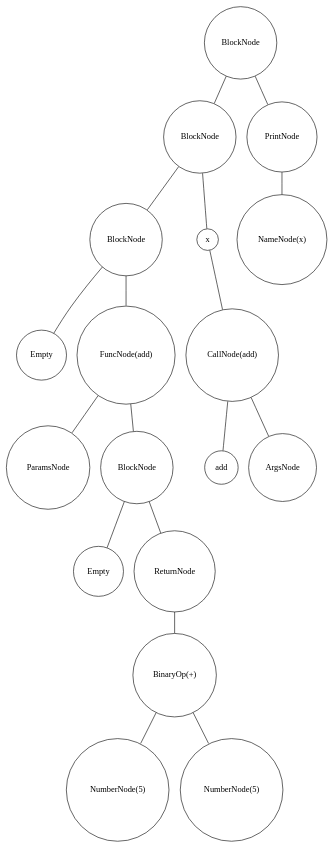
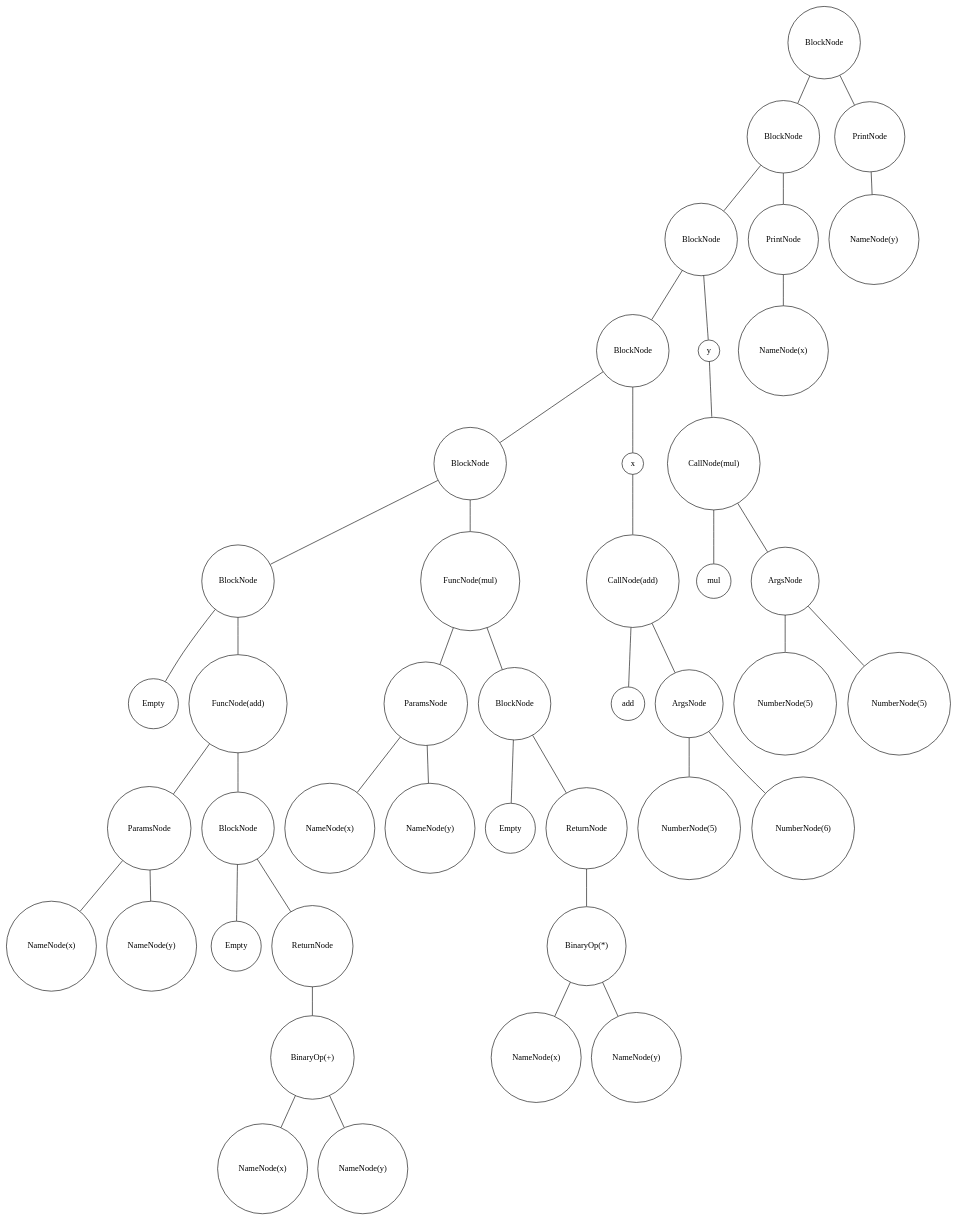
The diagram in img/graph.gv (Artex6666/interpreteurPython), drawn with Graphviz before and after one commit. The commit also changed 10 other files, not shown here.

```diff
--- a/img/graph.gv
+++ b/img/graph.gv
@@ -1,38 +1,88 @@
 digraph {
 	node [shape=circle]
-	"a44e9fa6-ef4a-48f9-809b-fc1013de6126" [label=BlockNode]
-	"f60a1d10-11dd-4672-8bfe-76d9b05ae135" [label=BlockNode]
-	"8e4a56a2-7147-4564-ac28-45c9e3e60b39" [label=BlockNode]
-	"73064cfa-c6fd-4649-a8cb-ae0374a46190" [label=Empty]
-	"8e4a56a2-7147-4564-ac28-45c9e3e60b39" -> "73064cfa-c6fd-4649-a8cb-ae0374a46190" [arrowsize=0]
-	"fa3e37a7-7449-4003-92e5-8ae390226fdb" [label="FuncNode(add)"]
-	"5faf00d6-f4e3-4a56-807a-553d4efd01b9" [label=ParamsNode]
-	"fa3e37a7-7449-4003-92e5-8ae390226fdb" -> "5faf00d6-f4e3-4a56-807a-553d4efd01b9" [arrowsize=0]
-	"b63314f2-5c48-4632-9f57-13d4feb1d4f2" [label=BlockNode]
-	"6f4e5ba9-bbd3-444c-906b-5b6c81e4f2f0" [label=Empty]
-	"b63314f2-5c48-4632-9f57-13d4feb1d4f2" -> "6f4e5ba9-bbd3-444c-906b-5b6c81e4f2f0" [arrowsize=0]
-	"a9eff4b0-0f3a-4e53-ac0e-39db3659cf7f" [label=ReturnNode]
-	"dd6e57e5-8b83-4843-9f0d-bc6982d9a5fa" [label="BinaryOp(+)"]
-	"98d9b8d2-6485-4f92-8522-15cd51cbcb98" [label="NumberNode(5)"]
-	"dd6e57e5-8b83-4843-9f0d-bc6982d9a5fa" -> "98d9b8d2-6485-4f92-8522-15cd51cbcb98" [arrowsize=0]
-	"dbe5ad2f-3bd8-4bbc-8b6b-13b48e2ca2f5" [label="NumberNode(5)"]
-	"dd6e57e5-8b83-4843-9f0d-bc6982d9a5fa" -> "dbe5ad2f-3bd8-4bbc-8b6b-13b48e2ca2f5" [arrowsize=0]
-	"a9eff4b0-0f3a-4e53-ac0e-39db3659cf7f" -> "dd6e57e5-8b83-4843-9f0d-bc6982d9a5fa" [arrowsize=0]
-	"b63314f2-5c48-4632-9f57-13d4feb1d4f2" -> "a9eff4b0-0f3a-4e53-ac0e-39db3659cf7f" [arrowsize=0]
-	"fa3e37a7-7449-4003-92e5-8ae390226fdb" -> "b63314f2-5c48-4632-9f57-13d4feb1d4f2" [arrowsize=0]
-	"8e4a56a2-7147-4564-ac28-45c9e3e60b39" -> "fa3e37a7-7449-4003-92e5-8ae390226fdb" [arrowsize=0]
-	"f60a1d10-11dd-4672-8bfe-76d9b05ae135" -> "8e4a56a2-7147-4564-ac28-45c9e3e60b39" [arrowsize=0]
-	"8651b8b8-5418-46e3-83ee-9f2cf21b64d6" [label=x]
-	"7c44aa98-9d7c-45ec-a197-27590fd17c1c" [label="CallNode(add)"]
-	"4f693b68-1ae1-4cad-8885-57a68d7e580d" [label=add]
-	"7c44aa98-9d7c-45ec-a197-27590fd17c1c" -> "4f693b68-1ae1-4cad-8885-57a68d7e580d" [arrowsize=0]
-	"8aa05ec8-0a93-4c08-a2ef-c1cc8b64dcd4" [label=ArgsNode]
-	"7c44aa98-9d7c-45ec-a197-27590fd17c1c" -> "8aa05ec8-0a93-4c08-a2ef-c1cc8b64dcd4" [arrowsize=0]
-	"8651b8b8-5418-46e3-83ee-9f2cf21b64d6" -> "7c44aa98-9d7c-45ec-a197-27590fd17c1c" [arrowsize=0]
-	"f60a1d10-11dd-4672-8bfe-76d9b05ae135" -> "8651b8b8-5418-46e3-83ee-9f2cf21b64d6" [arrowsize=0]
-	"a44e9fa6-ef4a-48f9-809b-fc1013de6126" -> "f60a1d10-11dd-4672-8bfe-76d9b05ae135" [arrowsize=0]
-	"db7e3738-daf0-42e6-8947-c1219e325272" [label=PrintNode]
-	"1d78203a-aadd-4116-861f-c2c70358f4ad" [label="NameNode(x)"]
-	"db7e3738-daf0-42e6-8947-c1219e325272" -> "1d78203a-aadd-4116-861f-c2c70358f4ad" [arrowsize=0]
-	"a44e9fa6-ef4a-48f9-809b-fc1013de6126" -> "db7e3738-daf0-42e6-8947-c1219e325272" [arrowsize=0]
+	"936644b5-c0a9-426b-aa20-fc412998dfcd" [label=BlockNode]
+	"d26fe606-9a71-4c22-864d-f00bd48b5b66" [label=BlockNode]
+	"d6b943df-d952-44ae-8095-30965337b633" [label=BlockNode]
+	"3a4e110d-19cf-4983-9745-aedaf6928fbd" [label=BlockNode]
+	"325795fd-8af5-46da-b523-c28c2f8cff31" [label=BlockNode]
+	"8f091753-6e1d-42ee-adec-80ffc39e3838" [label=BlockNode]
+	"fc0113aa-9104-49c9-bb69-a16280f18dcb" [label=Empty]
+	"8f091753-6e1d-42ee-adec-80ffc39e3838" -> "fc0113aa-9104-49c9-bb69-a16280f18dcb" [arrowsize=0]
+	"cc1587a0-e1c9-4fa4-bd8b-58dde8d650b8" [label="FuncNode(add)"]
+	"bb724a00-a679-440c-a903-5cf90e04060e" [label=ParamsNode]
+	"96201add-d39d-4c82-92c0-6c72aff4d9da" [label="NameNode(x)"]
+	"bb724a00-a679-440c-a903-5cf90e04060e" -> "96201add-d39d-4c82-92c0-6c72aff4d9da" [arrowsize=0]
+	"9206a3c8-f0cd-4d1e-bbce-c21e684c2c33" [label="NameNode(y)"]
+	"bb724a00-a679-440c-a903-5cf90e04060e" -> "9206a3c8-f0cd-4d1e-bbce-c21e684c2c33" [arrowsize=0]
+	"cc1587a0-e1c9-4fa4-bd8b-58dde8d650b8" -> "bb724a00-a679-440c-a903-5cf90e04060e" [arrowsize=0]
+	"fba9e9c7-0c6e-4613-8944-be5631b9b5b4" [label=BlockNode]
+	"13666cf7-4c85-4303-8e28-4dcdb0338f19" [label=Empty]
+	"fba9e9c7-0c6e-4613-8944-be5631b9b5b4" -> "13666cf7-4c85-4303-8e28-4dcdb0338f19" [arrowsize=0]
+	"b0371b25-715b-4b68-85b0-c5742e851b9c" [label=ReturnNode]
+	"3f52bc38-d6b0-4ea0-830c-29f04a1a6feb" [label="BinaryOp(+)"]
+	"64136427-abd7-4774-924f-c222b7650bf5" [label="NameNode(x)"]
+	"3f52bc38-d6b0-4ea0-830c-29f04a1a6feb" -> "64136427-abd7-4774-924f-c222b7650bf5" [arrowsize=0]
+	"4e998904-dda7-40f1-aa84-2de436929023" [label="NameNode(y)"]
+	"3f52bc38-d6b0-4ea0-830c-29f04a1a6feb" -> "4e998904-dda7-40f1-aa84-2de436929023" [arrowsize=0]
+	"b0371b25-715b-4b68-85b0-c5742e851b9c" -> "3f52bc38-d6b0-4ea0-830c-29f04a1a6feb" [arrowsize=0]
+	"fba9e9c7-0c6e-4613-8944-be5631b9b5b4" -> "b0371b25-715b-4b68-85b0-c5742e851b9c" [arrowsize=0]
+	"cc1587a0-e1c9-4fa4-bd8b-58dde8d650b8" -> "fba9e9c7-0c6e-4613-8944-be5631b9b5b4" [arrowsize=0]
+	"8f091753-6e1d-42ee-adec-80ffc39e3838" -> "cc1587a0-e1c9-4fa4-bd8b-58dde8d650b8" [arrowsize=0]
+	"325795fd-8af5-46da-b523-c28c2f8cff31" -> "8f091753-6e1d-42ee-adec-80ffc39e3838" [arrowsize=0]
+	"64021438-a2b4-45e9-8dce-4d20b56f2f08" [label="FuncNode(mul)"]
+	"510d502f-0da3-4baa-b7fe-a9dd40bf783c" [label=ParamsNode]
+	"1a87e36b-c4dd-481e-8f4c-e9403f9a1a88" [label="NameNode(x)"]
+	"510d502f-0da3-4baa-b7fe-a9dd40bf783c" -> "1a87e36b-c4dd-481e-8f4c-e9403f9a1a88" [arrowsize=0]
+	"458e4d38-d690-43ff-8edc-e5ad5a2378d3" [label="NameNode(y)"]
+	"510d502f-0da3-4baa-b7fe-a9dd40bf783c" -> "458e4d38-d690-43ff-8edc-e5ad5a2378d3" [arrowsize=0]
+	"64021438-a2b4-45e9-8dce-4d20b56f2f08" -> "510d502f-0da3-4baa-b7fe-a9dd40bf783c" [arrowsize=0]
+	"756aec57-37e5-4f45-b74c-dbfd882e4312" [label=BlockNode]
+	"ef4d489f-c064-4c6f-8554-adfb87512abb" [label=Empty]
+	"756aec57-37e5-4f45-b74c-dbfd882e4312" -> "ef4d489f-c064-4c6f-8554-adfb87512abb" [arrowsize=0]
+	"caa2d3cb-a5de-4eb9-951a-9e2b71216eac" [label=ReturnNode]
+	"ee491ca7-d254-4e77-8b6b-0d3964c6a745" [label="BinaryOp(*)"]
+	"7453532e-882f-4b93-8a81-6029eea629ac" [label="NameNode(x)"]
+	"ee491ca7-d254-4e77-8b6b-0d3964c6a745" -> "7453532e-882f-4b93-8a81-6029eea629ac" [arrowsize=0]
+	"77003fad-faa8-4a2e-b512-18a3ecefc6ae" [label="NameNode(y)"]
+	"ee491ca7-d254-4e77-8b6b-0d3964c6a745" -> "77003fad-faa8-4a2e-b512-18a3ecefc6ae" [arrowsize=0]
+	"caa2d3cb-a5de-4eb9-951a-9e2b71216eac" -> "ee491ca7-d254-4e77-8b6b-0d3964c6a745" [arrowsize=0]
+	"756aec57-37e5-4f45-b74c-dbfd882e4312" -> "caa2d3cb-a5de-4eb9-951a-9e2b71216eac" [arrowsize=0]
+	"64021438-a2b4-45e9-8dce-4d20b56f2f08" -> "756aec57-37e5-4f45-b74c-dbfd882e4312" [arrowsize=0]
+	"325795fd-8af5-46da-b523-c28c2f8cff31" -> "64021438-a2b4-45e9-8dce-4d20b56f2f08" [arrowsize=0]
+	"3a4e110d-19cf-4983-9745-aedaf6928fbd" -> "325795fd-8af5-46da-b523-c28c2f8cff31" [arrowsize=0]
+	"cd983bd5-2be8-4175-b00a-3809b1ee7044" [label=x]
+	"e2a4df98-1d55-431c-a9a6-62bc6bf60538" [label="CallNode(add)"]
+	"3b3a6b87-f930-47b2-85ef-c23153ef4f0f" [label=add]
+	"e2a4df98-1d55-431c-a9a6-62bc6bf60538" -> "3b3a6b87-f930-47b2-85ef-c23153ef4f0f" [arrowsize=0]
+	"470a9c06-32a9-4eee-bad0-c23173a708ce" [label=ArgsNode]
+	"15aa532a-bfb0-4a57-a22f-e2de6ba11859" [label="NumberNode(5)"]
+	"470a9c06-32a9-4eee-bad0-c23173a708ce" -> "15aa532a-bfb0-4a57-a22f-e2de6ba11859" [arrowsize=0]
+	"a928ecfa-920f-4b46-8935-9c4c0c5b96d6" [label="NumberNode(6)"]
+	"470a9c06-32a9-4eee-bad0-c23173a708ce" -> "a928ecfa-920f-4b46-8935-9c4c0c5b96d6" [arrowsize=0]
+	"e2a4df98-1d55-431c-a9a6-62bc6bf60538" -> "470a9c06-32a9-4eee-bad0-c23173a708ce" [arrowsize=0]
+	"cd983bd5-2be8-4175-b00a-3809b1ee7044" -> "e2a4df98-1d55-431c-a9a6-62bc6bf60538" [arrowsize=0]
+	"3a4e110d-19cf-4983-9745-aedaf6928fbd" -> "cd983bd5-2be8-4175-b00a-3809b1ee7044" [arrowsize=0]
+	"d6b943df-d952-44ae-8095-30965337b633" -> "3a4e110d-19cf-4983-9745-aedaf6928fbd" [arrowsize=0]
+	"068551f9-7fe3-414c-90a3-5d3dc5d1b421" [label=y]
+	"62b596d9-f53c-4763-9963-4790cab78de1" [label="CallNode(mul)"]
+	"4f81103e-85e0-43c0-9601-c09014f867c0" [label=mul]
+	"62b596d9-f53c-4763-9963-4790cab78de1" -> "4f81103e-85e0-43c0-9601-c09014f867c0" [arrowsize=0]
+	"5dfdf823-c0a5-4692-852c-4704fb11a568" [label=ArgsNode]
+	"fbe98363-8361-437c-8c48-fe7cc7b0cdfc" [label="NumberNode(5)"]
+	"5dfdf823-c0a5-4692-852c-4704fb11a568" -> "fbe98363-8361-437c-8c48-fe7cc7b0cdfc" [arrowsize=0]
+	"2babaee0-866d-48a5-8ac1-fac2d266a761" [label="NumberNode(5)"]
+	"5dfdf823-c0a5-4692-852c-4704fb11a568" -> "2babaee0-866d-48a5-8ac1-fac2d266a761" [arrowsize=0]
+	"62b596d9-f53c-4763-9963-4790cab78de1" -> "5dfdf823-c0a5-4692-852c-4704fb11a568" [arrowsize=0]
+	"068551f9-7fe3-414c-90a3-5d3dc5d1b421" -> "62b596d9-f53c-4763-9963-4790cab78de1" [arrowsize=0]
+	"d6b943df-d952-44ae-8095-30965337b633" -> "068551f9-7fe3-414c-90a3-5d3dc5d1b421" [arrowsize=0]
+	"d26fe606-9a71-4c22-864d-f00bd48b5b66" -> "d6b943df-d952-44ae-8095-30965337b633" [arrowsize=0]
+	"b2a9c745-d429-43ce-a3a7-34617a183c63" [label=PrintNode]
+	"3b492935-bc52-4c65-9856-3a55ba7df4b1" [label="NameNode(x)"]
+	"b2a9c745-d429-43ce-a3a7-34617a183c63" -> "3b492935-bc52-4c65-9856-3a55ba7df4b1" [arrowsize=0]
+	"d26fe606-9a71-4c22-864d-f00bd48b5b66" -> "b2a9c745-d429-43ce-a3a7-34617a183c63" [arrowsize=0]
+	"936644b5-c0a9-426b-aa20-fc412998dfcd" -> "d26fe606-9a71-4c22-864d-f00bd48b5b66" [arrowsize=0]
+	"b59e9519-fcdb-4d29-9eab-15bfd135c3d2" [label=PrintNode]
+	"8d45a1bb-daee-4d0d-8e93-b174090869c9" [label="NameNode(y)"]
+	"b59e9519-fcdb-4d29-9eab-15bfd135c3d2" -> "8d45a1bb-daee-4d0d-8e93-b174090869c9" [arrowsize=0]
+	"936644b5-c0a9-426b-aa20-fc412998dfcd" -> "b59e9519-fcdb-4d29-9eab-15bfd135c3d2" [arrowsize=0]
 }
```
